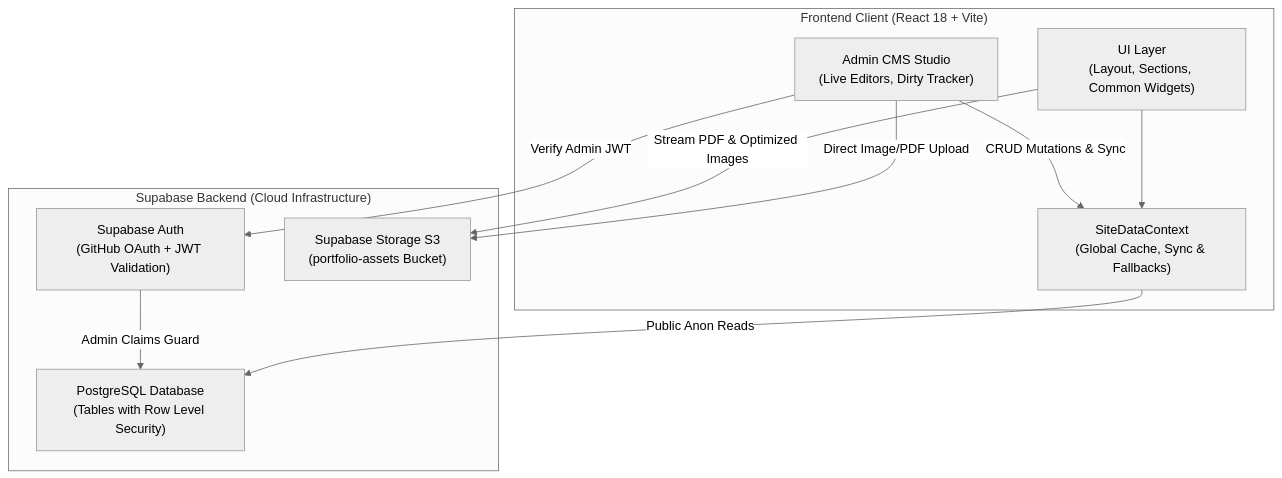
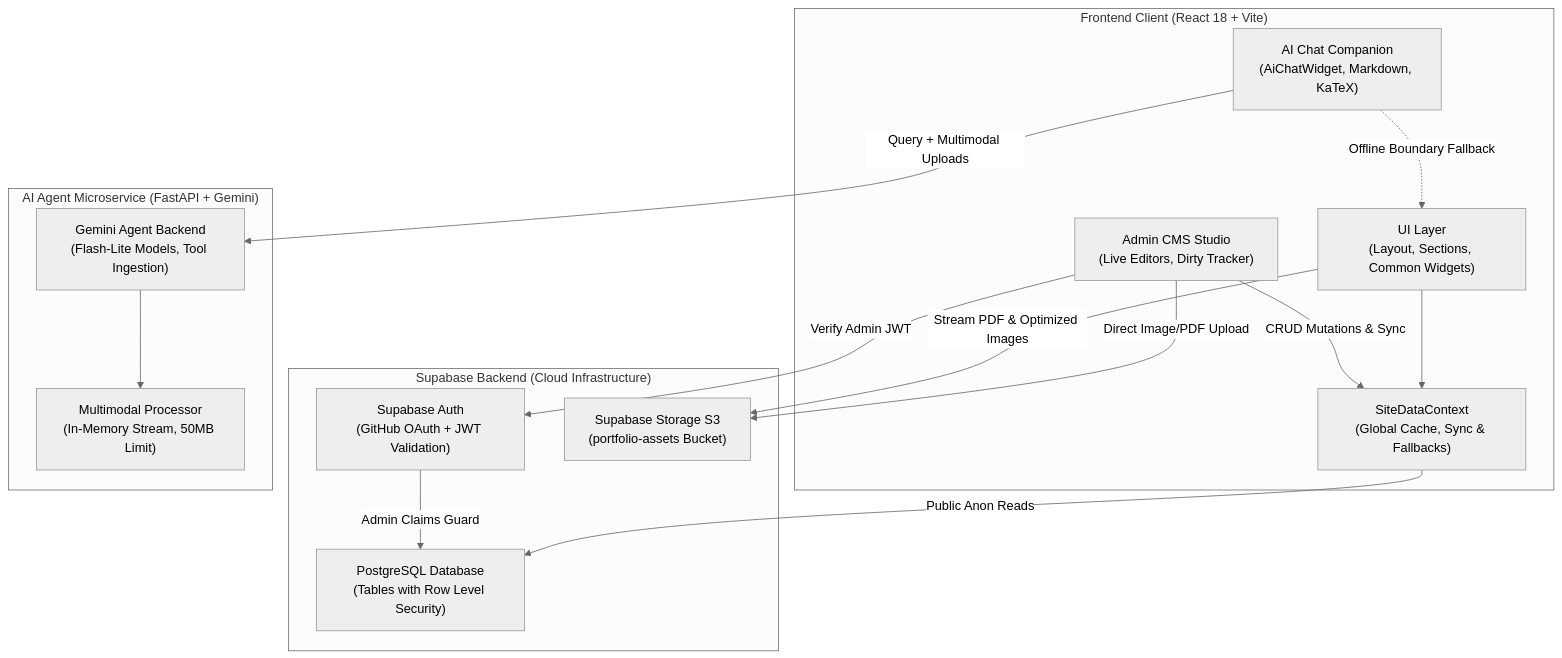
One commit to VincentYuann/portfolio changed the diagram in README.md. Above: the diagram before and after it, drawn with Mermaid (neutral theme). The commit also changed other lines of this file and 52 other files, not shown here.

First line of the commit message:
feat(chat, a11y, design): polish AI companion, harden file constraints, and unify design tokens

````diff
--- a/README.md
+++ b/README.md
@@ -19,22 +19,31 @@
 ```mermaid
 graph TD
     subgraph Client ["Frontend Client (React 18 + Vite)"]
         UI["UI Layer<br/>(Layout, Sections, Common Widgets)"]
+        Chat["AI Chat Companion<br/>(AiChatWidget, Markdown, KaTeX)"]
         Context["SiteDataContext<br/>(Global Cache, Sync & Fallbacks)"]
         Admin["Admin CMS Studio<br/>(Live Editors, Dirty Tracker)"]
     end
 
     subgraph Supabase ["Supabase Backend (Cloud Infrastructure)"]
         Auth["Supabase Auth<br/>(GitHub OAuth + JWT Validation)"]
         DB["PostgreSQL Database<br/>(Tables with Row Level Security)"]
         Storage["Supabase Storage S3<br/>(portfolio-assets Bucket)"]
     end
 
+    subgraph Microservice ["AI Agent Microservice (FastAPI + Gemini)"]
+        Agent["Gemini Agent Backend<br/>(Flash-Lite Models, Tool Ingestion)"]
+        Files["Multimodal Processor<br/>(In-Memory Stream, 50MB Limit)"]
+    end
+
     UI --> Context
     Admin -->|CRUD Mutations & Sync| Context
     Context -->|Public Anon Reads| DB
     Admin -->|Verify Admin JWT| Auth
     Auth -->|Admin Claims Guard| DB
     Admin -->|Direct Image/PDF Upload| Storage
     UI -->|Stream PDF & Optimized Images| Storage
+    Chat -->|Query + Multimodal Uploads| Agent
+    Agent --> Files
+    Chat -.->|Offline Boundary Fallback| UI
 ```
````
